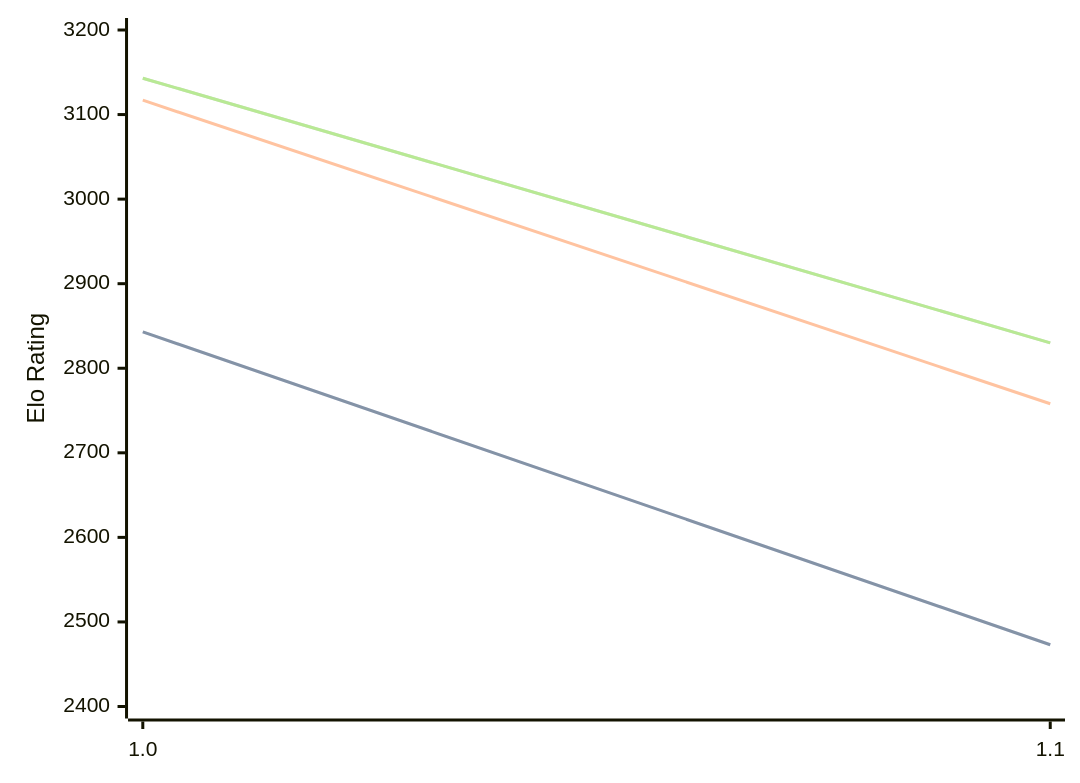
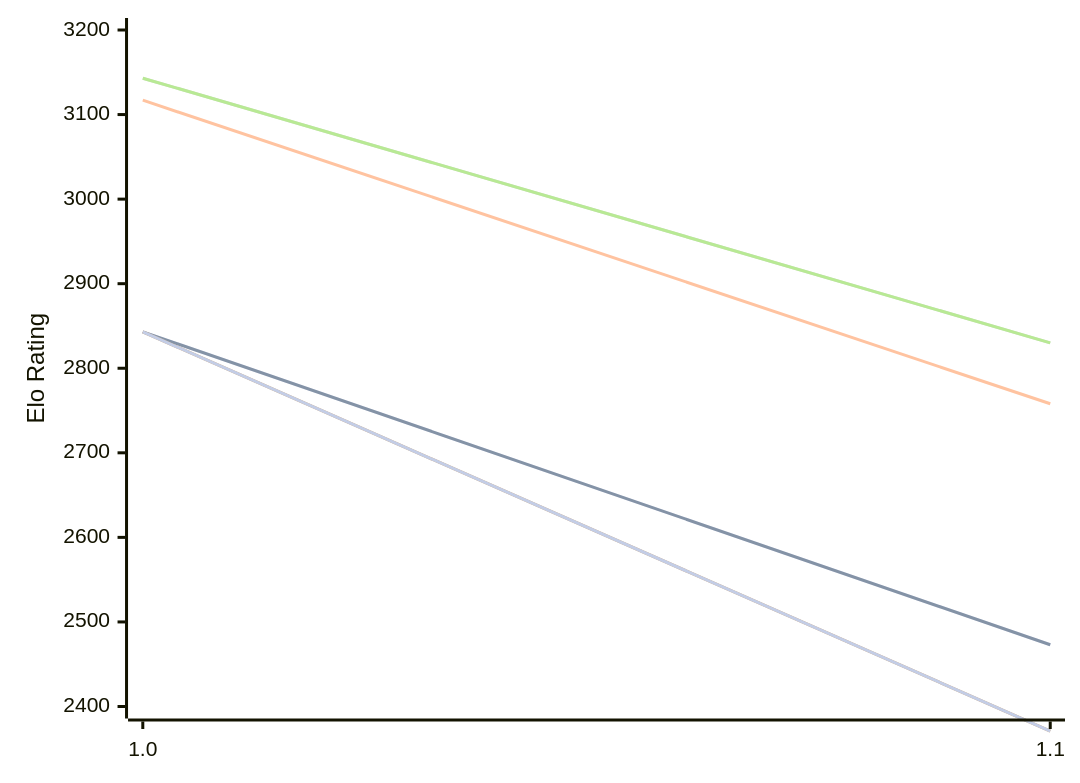
Before and after one commit to computer-chess-index/cci: the diagram in engines/Publius.md, drawn with Mermaid. The commit also changed other lines of this file, not shown here.

Commit message:
Update CCI Ratings (ELO VLTC) - 2026-10-11

````diff
--- a/engines/Publius.md
+++ b/engines/Publius.md
@@ -48,16 +48,13 @@
 ```mermaid
 %%{init: {"theme":"base","themeVariables":{"seriesColors:['#a3a3a3','#222221','#faa371']}}}%%
 xychart-beta
   x-axis ["1.0", "1.1"]
   y-axis "Elo Rating" 2400 --> 3200
   line "" [2843, 2473]
   line "T1: STC (8.0+0.08s)" [2843, 2473]
   line "T1: LTC (60.0+0.60s)" [3117, 2758]
   line "" [3143, 2830]
   line "T1: VLTC (2m24s+1.12s)" [3143, 2830]
-  line "" [2361]
-  line "E1: STC (8.0+0.08s)" [2361]
-  line "E1: LTC (60.0+0.60s)" [2653]
-  line "" [2769]
-  line "E1: VLTC (2m24s+1.12s)" [2769]
+  line "" [2843,2371]
+  line "E1: STC (8.0+0.08s)" [2843,2371]
 ```
````
